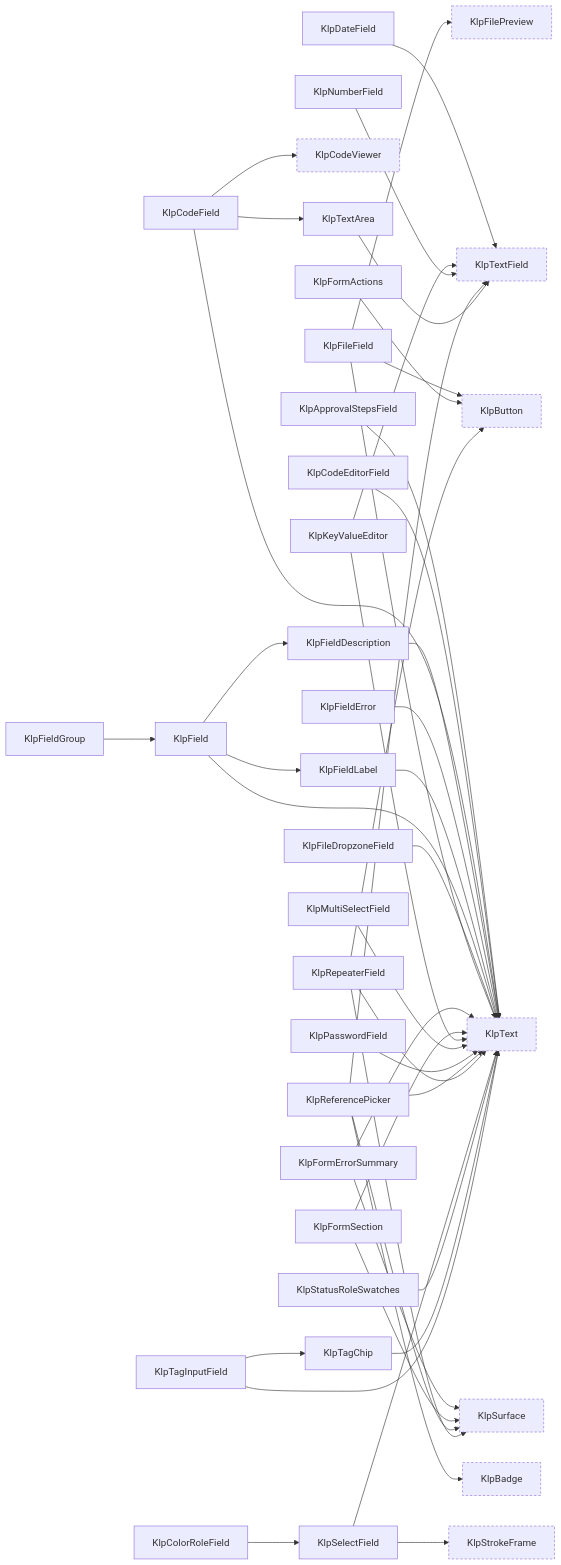
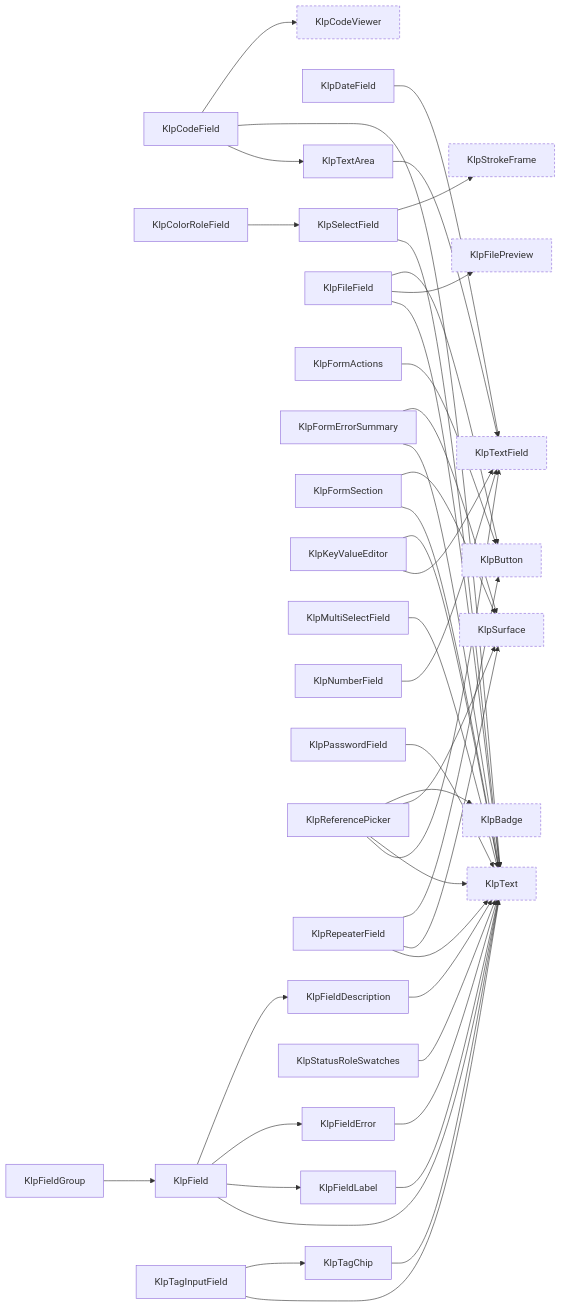
Diagram 11 of 17 in spec/component-inventory.md (MiuDog/Kallopis), drawn with Mermaid before and after one commit. The commit also changed other lines of this file and 5 other files, not shown here.

````diff
--- a/spec/component-inventory.md
+++ b/spec/component-inventory.md
@@ -638,80 +610,75 @@
 ```mermaid
 graph LR
-  KlpApprovalStepsField["KlpApprovalStepsField"]
   KlpBadge["KlpBadge"]:::external
   KlpButton["KlpButton"]:::external
-  KlpCodeEditorField["KlpCodeEditorField"]
   KlpCodeField["KlpCodeField"]
   KlpCodeViewer["KlpCodeViewer"]:::external
   KlpColorRoleField["KlpColorRoleField"]
   KlpDateField["KlpDateField"]
   KlpField["KlpField"]
   KlpFieldDescription["KlpFieldDescription"]
   KlpFieldError["KlpFieldError"]
   KlpFieldGroup["KlpFieldGroup"]
   KlpFieldLabel["KlpFieldLabel"]
-  KlpFileDropzoneField["KlpFileDropzoneField"]
   KlpFileField["KlpFileField"]
   KlpFilePreview["KlpFilePreview"]:::external
   KlpFormActions["KlpFormActions"]
   KlpFormErrorSummary["KlpFormErrorSummary"]
   KlpFormSection["KlpFormSection"]
   KlpKeyValueEditor["KlpKeyValueEditor"]
   KlpMultiSelectField["KlpMultiSelectField"]
   KlpNumberField["KlpNumberField"]
   KlpPasswordField["KlpPasswordField"]
   KlpReferencePicker["KlpReferencePicker"]
   KlpRepeaterField["KlpRepeaterField"]
   KlpSelectField["KlpSelectField"]
   KlpStatusRoleSwatches["KlpStatusRoleSwatches"]
   KlpStrokeFrame["KlpStrokeFrame"]:::external
   KlpSurface["KlpSurface"]:::external
   KlpTagChip["KlpTagChip"]
   KlpTagInputField["KlpTagInputField"]
   KlpText["KlpText"]:::external
   KlpTextArea["KlpTextArea"]
   KlpTextField["KlpTextField"]:::external
-  KlpApprovalStepsField --> KlpText
-  KlpCodeEditorField --> KlpText
   KlpCodeField --> KlpCodeViewer
   KlpCodeField --> KlpText
   KlpCodeField --> KlpTextArea
   KlpColorRoleField --> KlpSelectField
   KlpDateField --> KlpTextField
   KlpFieldDescription --> KlpText
   KlpFieldError --> KlpText
   KlpFieldGroup --> KlpField
   KlpFieldLabel --> KlpText
   KlpField --> KlpFieldDescription
+  KlpField --> KlpFieldError
   KlpField --> KlpFieldLabel
   KlpField --> KlpText
-  KlpFileDropzoneField --> KlpText
   KlpFileField --> KlpButton
   KlpFileField --> KlpFilePreview
   KlpFileField --> KlpText
   KlpFormActions --> KlpButton
   KlpFormErrorSummary --> KlpSurface
   KlpFormErrorSummary --> KlpText
   KlpFormSection --> KlpSurface
   KlpFormSection --> KlpText
   KlpKeyValueEditor --> KlpText
   KlpKeyValueEditor --> KlpTextField
   KlpMultiSelectField --> KlpText
   KlpNumberField --> KlpTextField
   KlpPasswordField --> KlpText
   KlpReferencePicker --> KlpBadge
   KlpReferencePicker --> KlpSurface
   KlpReferencePicker --> KlpText
   KlpReferencePicker --> KlpTextField
   KlpRepeaterField --> KlpButton
   KlpRepeaterField --> KlpSurface
   KlpRepeaterField --> KlpText
   KlpSelectField --> KlpStrokeFrame
   KlpSelectField --> KlpText
   KlpStatusRoleSwatches --> KlpText
   KlpTagChip --> KlpText
   KlpTagInputField --> KlpTagChip
   KlpTagInputField --> KlpText
   KlpTextArea --> KlpTextField
   classDef external stroke-dasharray: 4 3;
 ```
````
